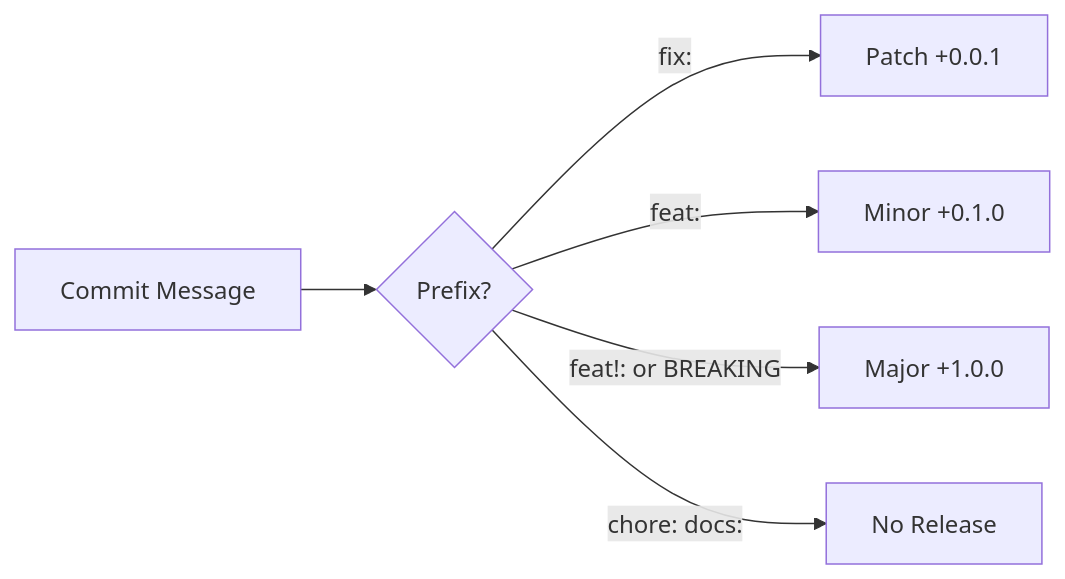
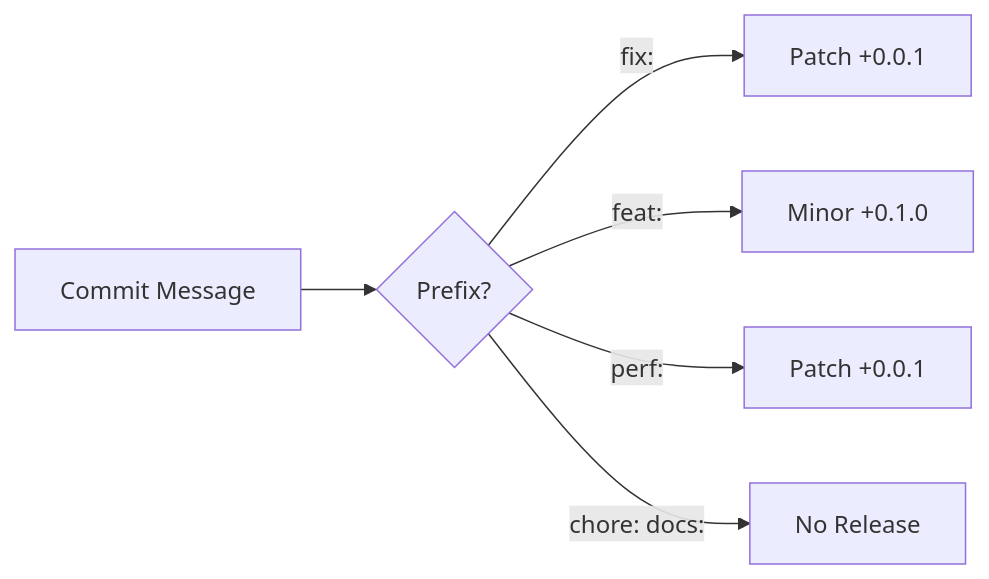
The second of 6 diagrams in dev_release_guide.md (KiNgReX90/specsmd_turbo), drawn with Mermaid before and after one commit. The commit also changed other lines of this file and 1 other file, not shown here.

Commit message:
docs: update release guide - no auto major bumps

````diff
--- a/dev_release_guide.md
+++ b/dev_release_guide.md
@@ -41,8 +43,8 @@
 ```mermaid
 flowchart LR
     A[Commit Message] --> B{Prefix?}
     B -->|fix:| C[Patch +0.0.1]
     B -->|feat:| D[Minor +0.1.0]
-    B -->|feat!: or BREAKING| E[Major +1.0.0]
+    B -->|perf:| E[Patch +0.0.1]
     B -->|chore: docs:| F[No Release]
 ```
````
